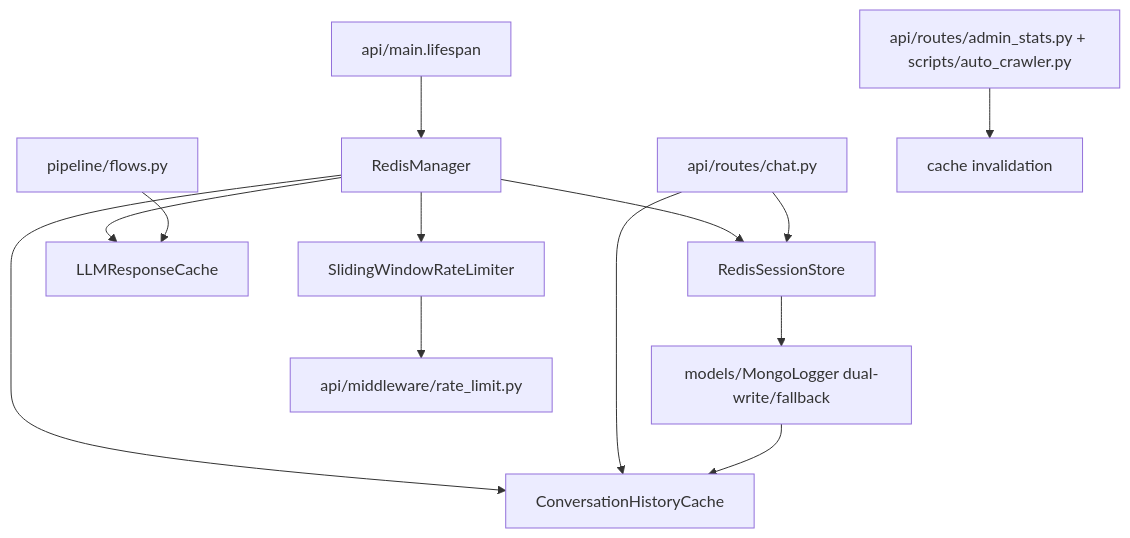
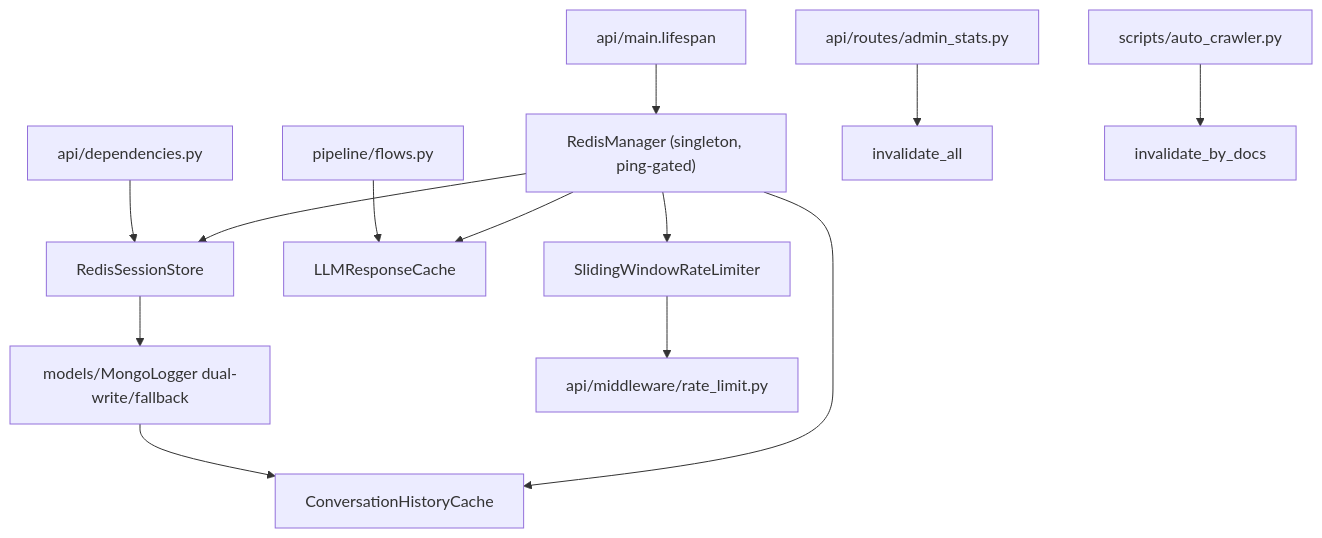
One commit to hoainam183/GR changed the diagram in src/RAG_v2/cache/MODULE.md. Above: the diagram before and after it, drawn with Mermaid. The commit also changed other lines of this file and 50 other files, not shown here.

````diff
--- a/src/RAG_v2/cache/MODULE.md
+++ b/src/RAG_v2/cache/MODULE.md
@@ -100,15 +101,15 @@
 ```mermaid
 flowchart TD
-  Lifespan["api/main.lifespan"] --> Manager["RedisManager"]
+  Lifespan["api/main.lifespan"] --> Manager["RedisManager (singleton, ping-gated)"]
   Manager --> Session["RedisSessionStore"]
   Manager --> History["ConversationHistoryCache"]
   Manager --> LLMCache["LLMResponseCache"]
   Manager --> Rate["SlidingWindowRateLimiter"]
   Session --> MongoLogger["models/MongoLogger dual-write/fallback"]
-  ChatRoutes["api/routes/chat.py"] --> Session
-  ChatRoutes --> History
+  Deps["api/dependencies.py"] --> Session
+  MongoLogger --> History
   Flows["pipeline/flows.py"] --> LLMCache
-  MongoLogger --> History
-  Admin["api/routes/admin_stats.py + scripts/auto_crawler.py"] --> Invalidate["cache invalidation"]
+  Admin["api/routes/admin_stats.py"] --> InvAll["invalidate_all"]
+  Crawler["scripts/auto_crawler.py"] --> InvDocs["invalidate_by_docs"]
   Rate --> Middleware["api/middleware/rate_limit.py"]
 ```
````
